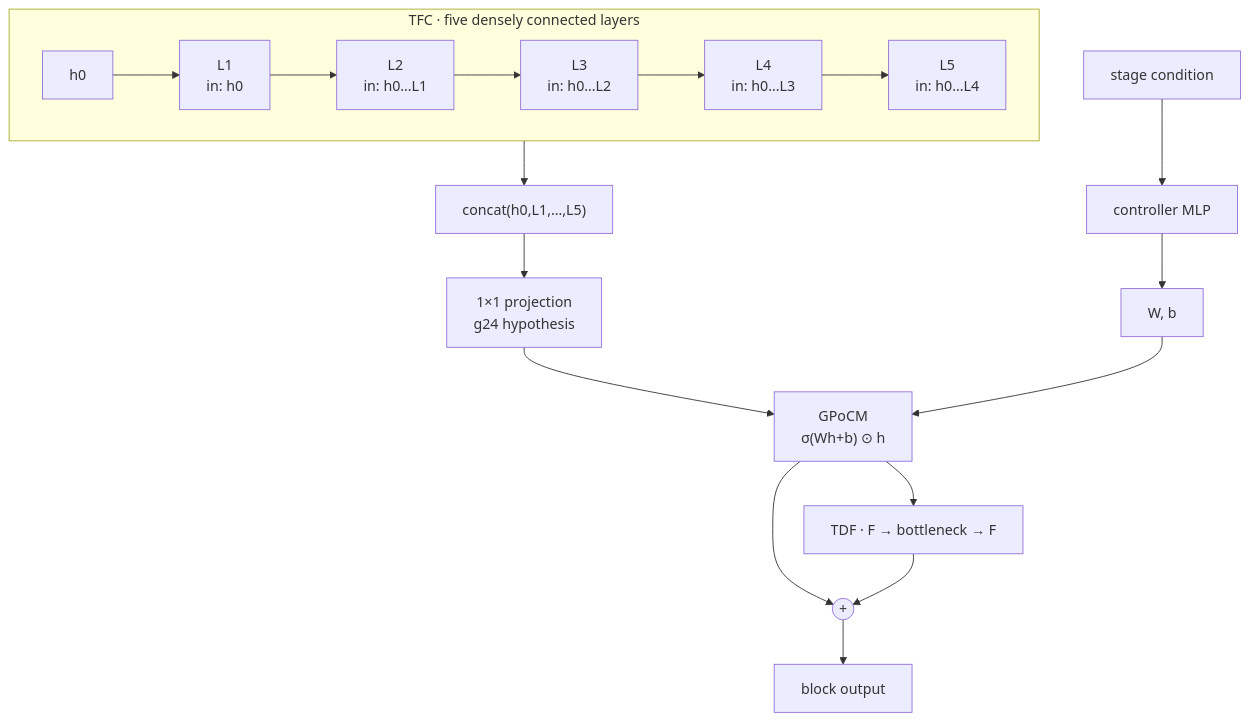
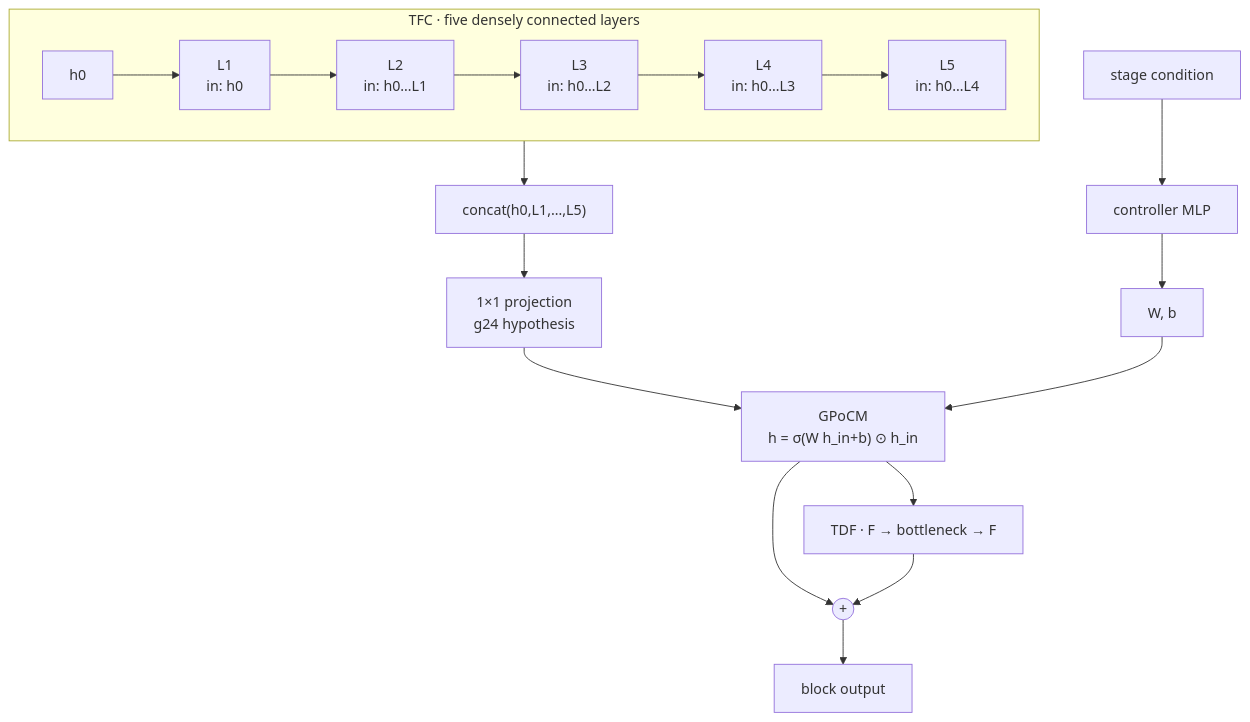
Before and after one commit to xinlinwang970-lab/sqr-position-conditioning: the second of 2 diagrams in new-readme.md, drawn with Mermaid. The commit also changed other lines of this file and 1 other file, not shown here.

````diff
--- a/new-readme.md
+++ b/new-readme.md
@@ -165,14 +182,14 @@
 ```mermaid
 flowchart TB
     subgraph TFC["TFC · five densely connected layers"]
         direction LR
         H0["h0"] --> L1["L1<br/>in: h0"] --> L2["L2<br/>in: h0…L1"] --> L3["L3<br/>in: h0…L2"] --> L4["L4<br/>in: h0…L3"] --> L5["L5<br/>in: h0…L4"]
     end
     L5 --> ALL["concat(h0,L1,…,L5)"] --> PROJ["1×1 projection<br/>g24 hypothesis"]
     COND["stage condition"] --> CTRL["controller MLP"] --> WB["W, b"]
-    PROJ --> GATE["GPoCM<br/>σ(Wh+b) ⊙ h"]
+    PROJ --> GATE["GPoCM<br/>h = σ(W h_in+b) ⊙ h_in"]
     WB --> GATE
     GATE --> RES(("+"))
     GATE --> TDF["TDF · F → bottleneck → F"] --> RES
     RES --> OUT["block output"]
 ```
````
